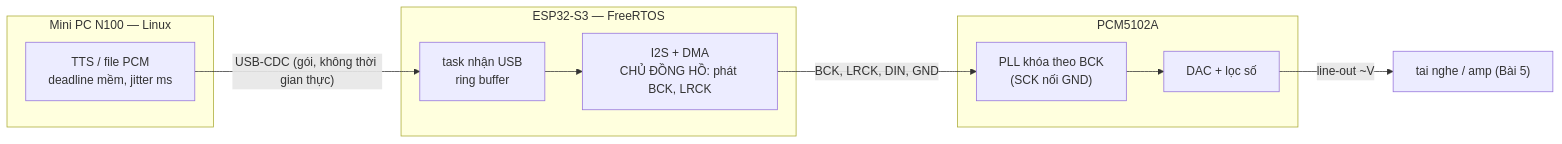
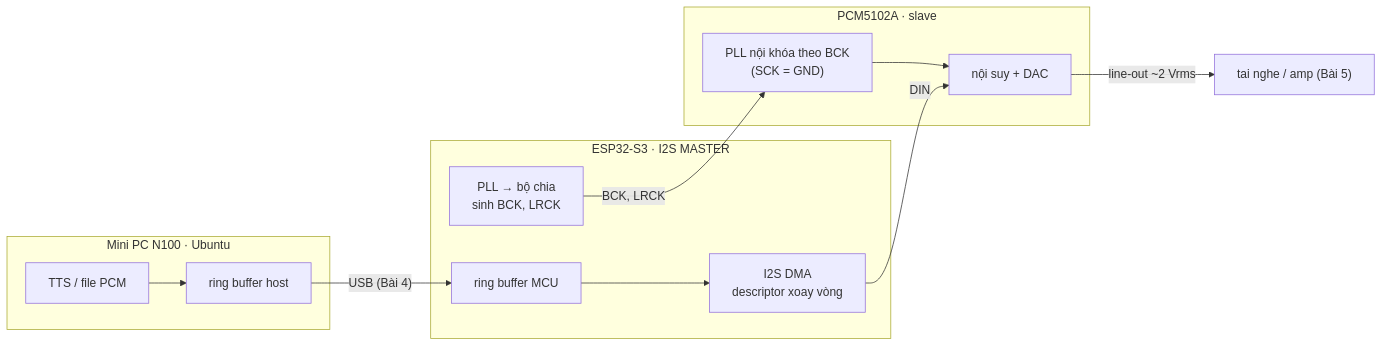
The second of 3 diagrams in giao-trinh/khoa-3/m1-chuoi-phat.md (mrleloi/robotics-lab), drawn with Mermaid before and after one commit. The commit also changed other lines of this file and 6 other files, not shown here.

````diff
--- a/giao-trinh/khoa-3/m1-chuoi-phat.md
+++ b/giao-trinh/khoa-3/m1-chuoi-phat.md
@@ -230,15 +262,17 @@
 ```mermaid
 flowchart LR
-  subgraph H["Mini PC N100 — Linux"]
-    A["TTS / file PCM<br/>deadline mềm, jitter ms"]
+  subgraph Host["Mini PC N100 · Ubuntu"]
+    T["TTS / file PCM"] --> HR["ring buffer host"]
   end
-  subgraph M["ESP32-S3 — FreeRTOS"]
-    B["task nhận USB<br/>ring buffer"] --> C["I2S + DMA<br/>CHỦ ĐỒNG HỒ: phát BCK, LRCK"]
+  subgraph MCU["ESP32-S3 · I2S MASTER"]
+    MR["ring buffer MCU"] --> DMA["I2S DMA<br/>descriptor xoay vòng"]
+    CLK["PLL → bộ chia<br/>sinh BCK, LRCK"]
   end
-  subgraph D["PCM5102A"]
-    E["PLL khóa theo BCK<br/>(SCK nối GND)"] --> F["DAC + lọc số"]
+  subgraph DAC["PCM5102A · slave"]
+    PLL["PLL nội khóa theo BCK<br/>(SCK = GND)"] --> CONV["nội suy + DAC"]
   end
-  A -- "USB-CDC (gói, không thời gian thực)" --> B
-  C -- "BCK, LRCK, DIN, GND" --> E
-  F -- "line-out ~V" --> G["tai nghe / amp (Bài 5)"]
+  HR -- "USB (Bài 4)" --> MR
+  DMA -- DIN --> CONV
+  CLK -- "BCK, LRCK" --> PLL
+  CONV -- "line-out ~2 Vrms" --> OUT["tai nghe / amp (Bài 5)"]
 ```
````
